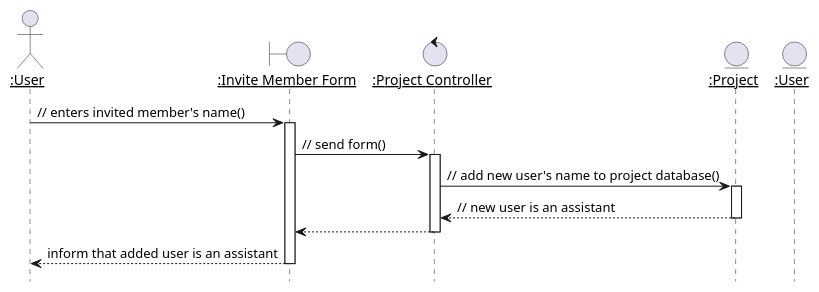
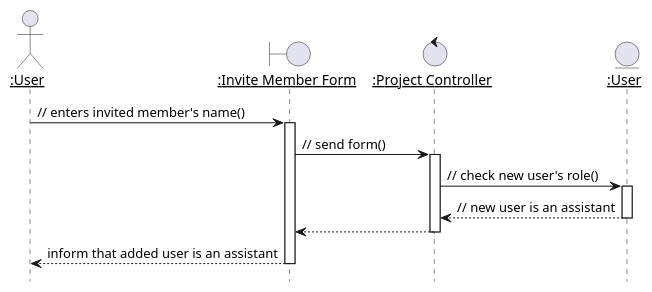
One commit to Huy-Ngo/acanban changed the diagram in docs/source/meth/uc-anal-design/uml/p-member-add-assistant.puml. Above: the diagram before and after it, drawn with PlantUML. The commit also changed 3 other files, not shown here.

Commit message:
[Doc] Correct invite member sequence diagrams

```diff
--- a/docs/source/meth/uc-anal-design/uml/p-member-add-assistant.puml
+++ b/docs/source/meth/uc-anal-design/uml/p-member-add-assistant.puml
@@ -1,17 +1,16 @@
 @startuml
 hide footbox
 autoactivate on
 skinparam sequenceParticipant underline
 actor ":User" as usr
 boundary ":Invite Member Form" as form
 control ":Project Controller" as ctl
-entity ":Project" as db_prj
 entity ":User" as db_usr
 
 usr -> form : // enters invited member's name()
 form -> ctl : // send form()
-ctl -> db_prj : // add new user's name to project database()
-ctl <-- db_prj : // new user is an assistant
+ctl -> db_usr : // check new user's role()
+ctl <-- db_usr : // new user is an assistant
 form <-- ctl
 usr <-- form : inform that added user is an assistant
 @enduml
```
